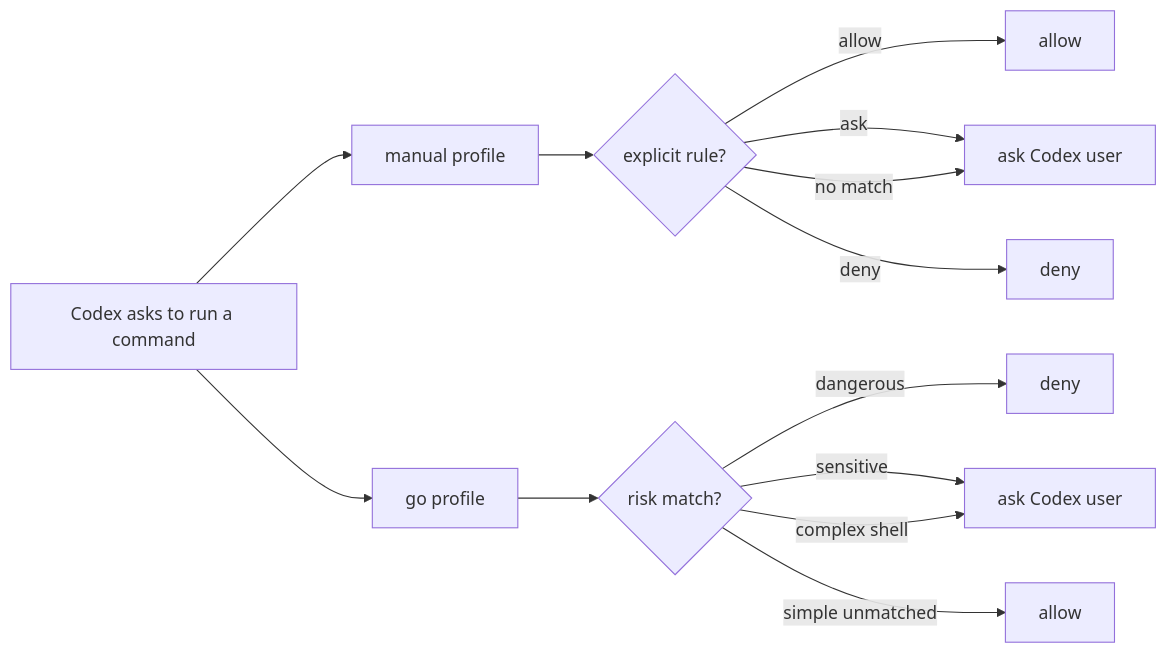
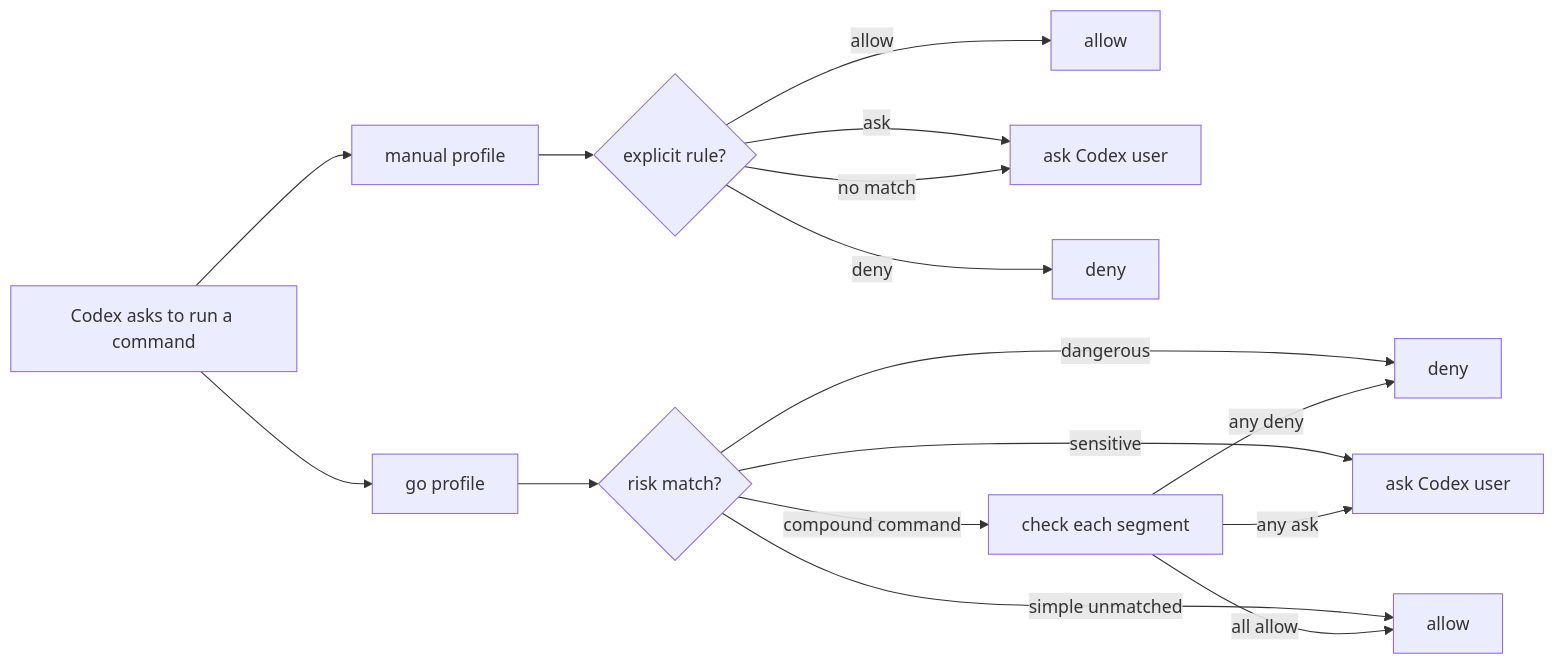
One commit to Fengzdadi/codexgo changed the diagram in README.md. Above: the diagram before and after it, drawn with Mermaid. The commit also changed other lines of this file and 5 other files, not shown here.

Commit message:
Evaluate go profile compound commands by segment

````diff
--- a/README.md
+++ b/README.md
@@ -48,18 +50,21 @@
 ```mermaid
 flowchart LR
   command["Codex asks to run a command"]
 
   command --> manual["manual profile"]
   manual --> manualRule{"explicit rule?"}
   manualRule -->|allow| manualAllow["allow"]
   manualRule -->|ask| manualAsk["ask Codex user"]
   manualRule -->|deny| manualDeny["deny"]
   manualRule -->|no match| manualAsk
 
   command --> go["go profile"]
   go --> goRisk{"risk match?"}
   goRisk -->|dangerous| goDeny["deny"]
   goRisk -->|sensitive| goAsk["ask Codex user"]
   goRisk -->|simple unmatched| goAllow["allow"]
-  goRisk -->|complex shell| goAsk
+  goRisk -->|compound command| goSegments["check each segment"]
+  goSegments -->|any ask| goAsk
+  goSegments -->|any deny| goDeny
+  goSegments -->|all allow| goAllow
 ```
````
